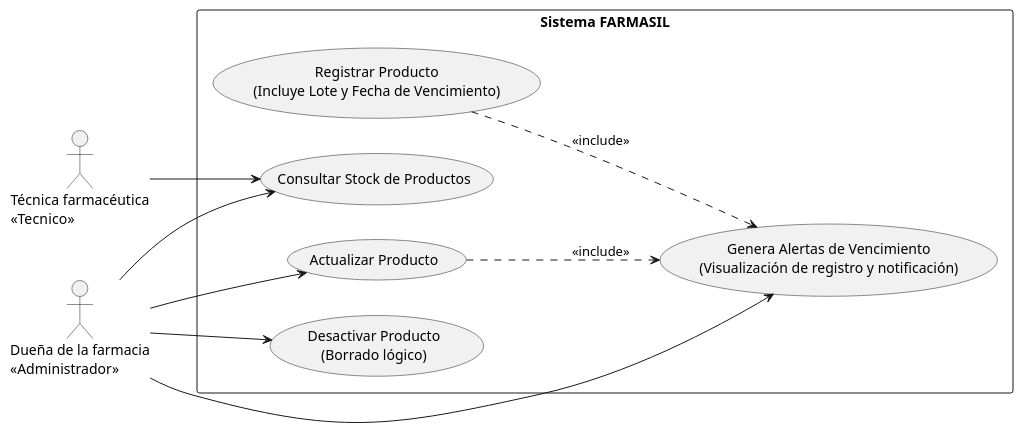
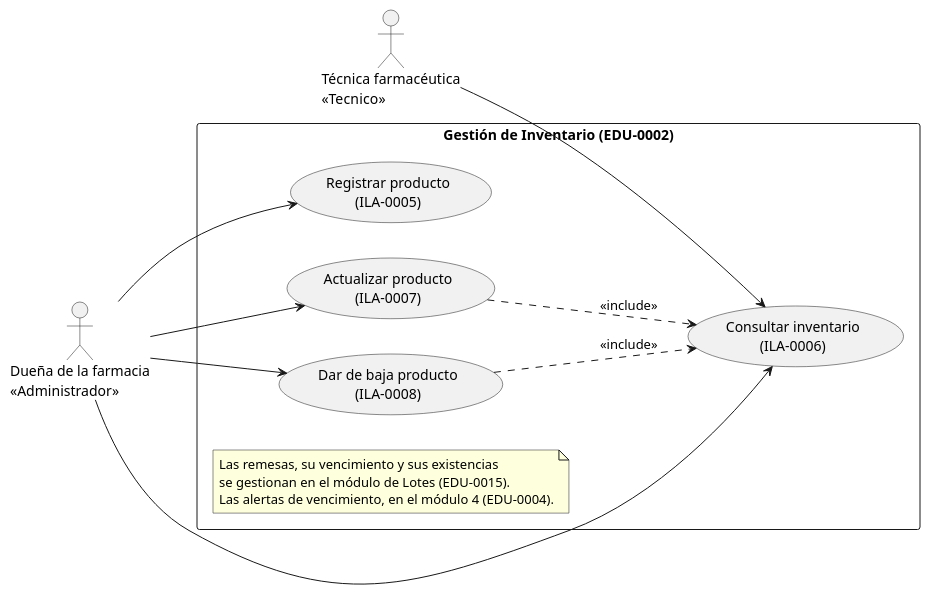
One commit to Luis-Ayben-Chahua-Charca/Farmasil_App changed the diagram in docs/diagramas/plaintext-CasosUso/CU-04_Inventario.puml. Above: the diagram before and after it, drawn with PlantUML. The commit also changed 12 other files, not shown here.

```diff
--- a/docs/diagramas/plaintext-CasosUso/CU-04_Inventario.puml
+++ b/docs/diagramas/plaintext-CasosUso/CU-04_Inventario.puml
@@ -1,29 +1,29 @@
 @startuml
 left to right direction
 skinparam packageStyle rectangle
 
 actor "Técnica farmacéutica\n<<Tecnico>>" as Tecnica
 actor "Dueña de la farmacia\n<<Administrador>>" as Duena
 
-rectangle "Sistema FARMASIL" {
-    usecase "Registrar Producto\n(Incluye Lote y Fecha de Vencimiento)" as UC_Registrar
-    usecase "Consultar Stock de Productos" as UC_Consultar
-    usecase "Actualizar Producto" as UC_Actualizar
-    usecase "Desactivar Producto\n(Borrado lógico)" as UC_Desactivar
-    usecase "Genera Alertas de Vencimiento\n(Visualización de registro y notificación)" as UC_Alertas
+rectangle "Gestión de Inventario (EDU-0002)" {
+    usecase "Registrar producto\n(ILA-0005)" as UC_Registrar
+    usecase "Consultar inventario\n(ILA-0006)" as UC_Consultar
+    usecase "Actualizar producto\n(ILA-0007)" as UC_Actualizar
+    usecase "Dar de baja producto\n(ILA-0008)" as UC_Baja
+
+    note "Las remesas, su vencimiento y sus existencias\nse gestionan en el módulo de Lotes (EDU-0015).\nLas alertas de vencimiento, en el módulo 4 (EDU-0004)." as N1
 }
 
-' Relaciones de la Técnica (Solo consulta)
+' La Técnica solo consulta (Matriz de Permisos)
 Tecnica --> UC_Consultar
 
-' Relaciones de la Dueña
+' La Dueña administra el catálogo de medicamentos
+Duena --> UC_Registrar
 Duena --> UC_Consultar
 Duena --> UC_Actualizar
-Duena --> UC_Desactivar
-Duena --> UC_Alertas
+Duena --> UC_Baja
 
-' Relaciones de inclusión (<<include>>)
-UC_Registrar ..> UC_Alertas : <<include>>
-UC_Actualizar ..> UC_Alertas : <<include>>
+UC_Actualizar ..> UC_Consultar : <<include>>
+UC_Baja ..> UC_Consultar : <<include>>
 
 @enduml
```
